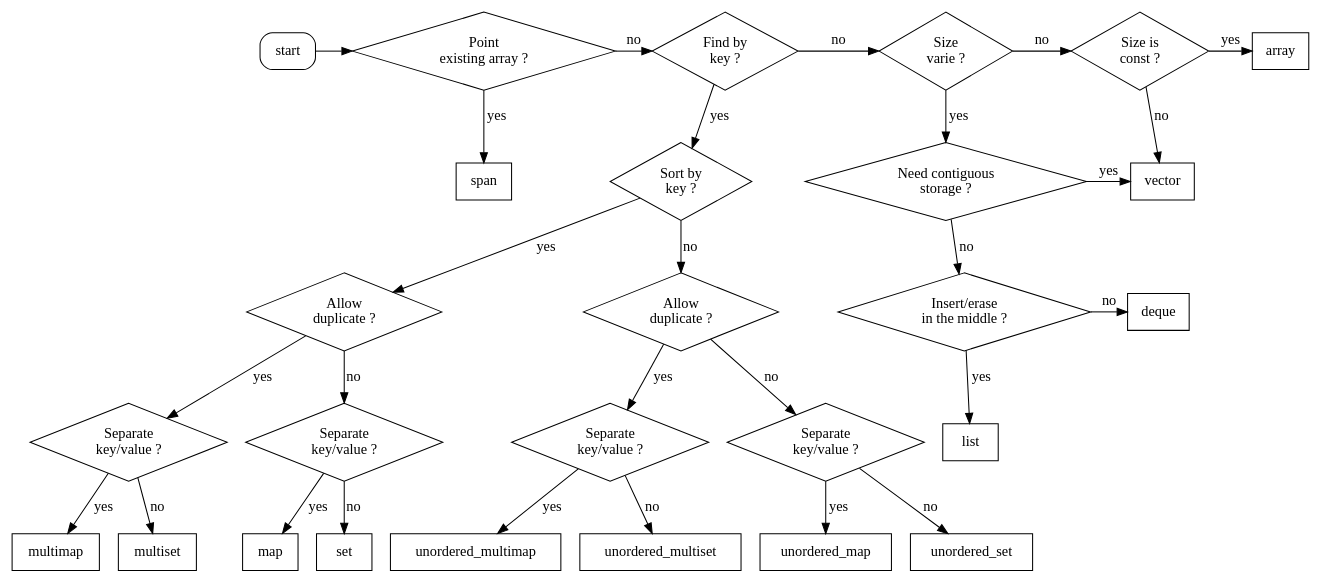
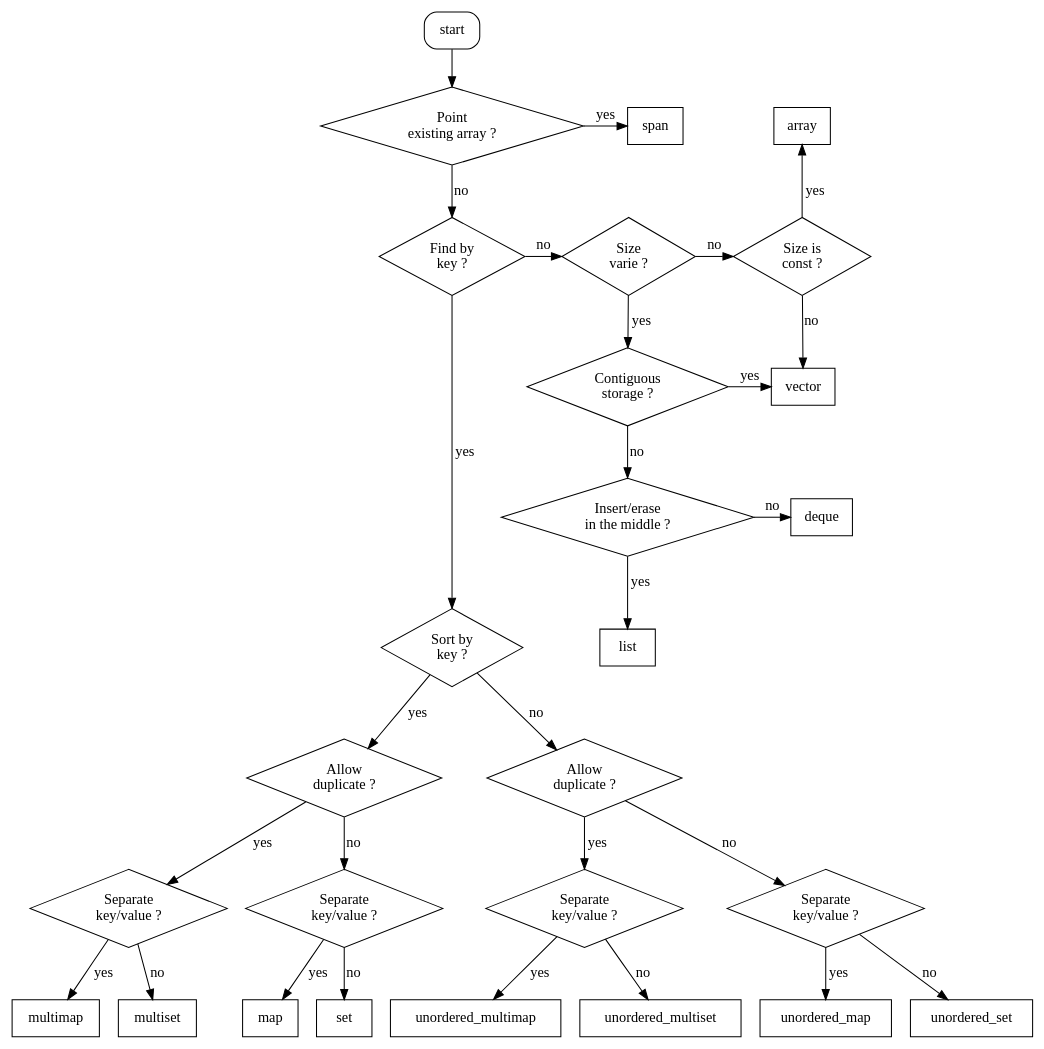
The diagram in flowchart.dot (alexdesaint/CppContainersFlowchart), drawn with Graphviz before and after one commit. The commit also changed 1 other file, not shown here.

```diff
--- a/flowchart.dot
+++ b/flowchart.dot
@@ -1,79 +1,81 @@
 digraph G {
-  start[shape=box, style=rounded];
-
-  {rank = same; fbk; pea; start; sv; sc; array;}
-  pea[shape=diamond, label="Point\nexisting array ?"]
-
-  sbk[shape=diamond, label="Sort by\nkey ?"];
-  fbk[shape=diamond, label="Find by\nkey ?"];
-
-  {rank = same; ncs; vector;}
-  ncs[shape=diamond, label="Need contiguous\nstorage ?"];
-
-  sv[shape=diamond, label="Size\nvarie ?"];
-  sc[shape=diamond, label="Size is\nconst ?"];
-
-  {rank = same; ieim; deque;}
-  ieim[shape=diamond, label="Insert/erase\nin the middle ?"];
-
-  ad1[shape=diamond, label="Allow\nduplicate ?"];
-  ad2[shape=diamond, label="Allow\nduplicate ?"];
-  skv11[shape=diamond, label="Separate\nkey/value ?"];
-  skv12[shape=diamond, label="Separate\nkey/value ?"];
-  skv21[shape=diamond, label="Separate\nkey/value ?"];
-  skv22[shape=diamond, label="Separate\nkey/value ?"];
-
-  ad1 -> skv11[label="yes"];
-  ad1 -> skv12[label="no"];
-  ad2 -> skv21[label="yes"];
-  ad2 -> skv22[label="no"];
-
-  skv11 -> multimap[label="yes"];
-  skv11 -> multiset[label="no"];
-  skv12 -> map[label="yes"];
-  skv12 -> set[label="no"];
-  skv21 -> unordered_multimap[label="yes"];
-  skv21 -> unordered_multiset[label="no"];
-  skv22 -> unordered_map[label="yes"];
-  skv22 -> unordered_set[label="no"];
-
-  vector[shape=box];
-  array[shape=box];
-  list[shape=box];
-  deque[shape=box];
-  span[shape=box];
-  map[shape=box];
-  set[shape=box];
-  multimap[shape=box];
-  multiset[shape=box];
-  unordered_map[shape=box];
-  unordered_set[shape=box];
-  unordered_multimap[shape=box];
-  unordered_multiset[shape=box];
-
-  start -> pea;
-
-  pea -> span[label="yes"];
-  pea -> fbk[label="no"];
-
-  /*oii -> sbk[label="no"];
-  oii -> lifo[label="yes"];*/
-
-  fbk -> sbk[label="yes"];
-  fbk -> sv[label="no"];
-
-  sv -> ncs[label="yes"];
-  sv -> sc[label="no"];
-
-  ncs -> vector[label="yes"];
-  ncs -> ieim[label="no"];
-
-  ieim -> list[label="yes"];
-  ieim -> deque[label="no"];
-
-  sc -> array[label="yes"];
-  sc -> vector[label="no"];
-
-  sbk -> ad1[label="yes"];
-  sbk -> ad2[label="no"];
+    start[shape=box, style=rounded];
+    
+    //{rank = same; fbk; pea; start; sv; sc; array;}
+    {rank = same; pea; span; array}
+    pea[shape=diamond, label="Point\nexisting array ?"]
+    
+    //{rank = same; fbk; sbk;}
+    fbk[shape=diamond, label="Find by\nkey ?"];
+    
+    {rank = same; sbk; list;}
+    sbk[shape=diamond, label="Sort by\nkey ?"];
+    
+    {rank = same; ncs; vector;}
+    ncs[shape=diamond, label="Contiguous\nstorage ?"];
+    
+    {rank = same; fbk; sv; sc}
+    sv[shape=diamond, label="Size\nvarie ?"];
+    sc[shape=diamond, label="Size is\nconst ?"];
+    
+    {rank = same; ieim; deque;}
+    ieim[shape=diamond, label="Insert/erase\nin the middle ?"];
+    
+    ad1[shape=diamond, label="Allow\nduplicate ?"];
+    ad2[shape=diamond, label="Allow\nduplicate ?"];
+    skv11[shape=diamond, label="Separate\nkey/value ?"];
+    skv12[shape=diamond, label="Separate\nkey/value ?"];
+    skv21[shape=diamond, label="Separate\nkey/value ?"];
+    skv22[shape=diamond, label="Separate\nkey/value ?"];
+    
+    ad1 -> skv11[label="yes"];
+    ad1 -> skv12[label="no"];
+    ad2 -> skv21[label="yes"];
+    ad2 -> skv22[label="no"];
+    
+    skv11 -> multimap[label="yes"];
+    skv11 -> multiset[label="no"];
+    skv12 -> map[label="yes"];
+    skv12 -> set[label="no"];
+    skv21 -> unordered_multimap[label="yes"];
+    skv21 -> unordered_multiset[label="no"];
+    skv22 -> unordered_map[label="yes"];
+    skv22 -> unordered_set[label="no"];
+    
+    vector[shape=box];
+    array[shape=box];
+    list[shape=box];
+    deque[shape=box];
+    span[shape=box];
+    map[shape=box];
+    set[shape=box];
+    multimap[shape=box];
+    multiset[shape=box];
+    unordered_map[shape=box];
+    unordered_set[shape=box];
+    unordered_multimap[shape=box];
+    unordered_multiset[shape=box];
+    
+    start -> pea;
+    
+    pea -> span[label="yes"];
+    pea -> fbk[label="no"];
+    
+    fbk -> sbk[label="yes"];
+    fbk -> sv[label="no"];
+    
+    sv -> ncs[label="yes"];
+    sv -> sc[label="no"];
+    
+    ncs -> vector[label="yes"];
+    ncs -> ieim[label="no"];
+    
+    ieim -> list[label="yes"];
+    ieim -> deque[label="no"];
+    
+    sc -> array[label="yes"];
+    sc -> vector[label="no"];
+    
+    sbk -> ad1[label="yes"];
+    sbk -> ad2[label="no"];
 }
```
